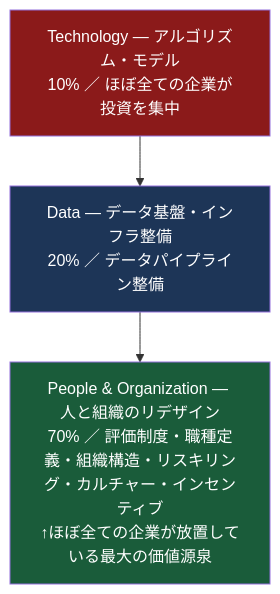
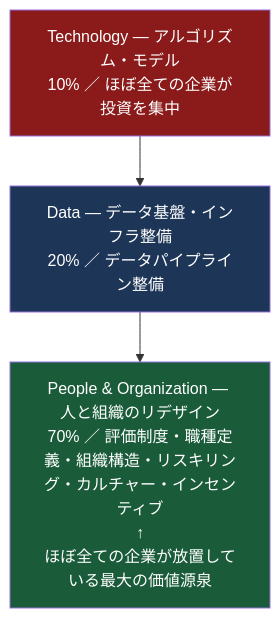
One commit to Leading-AI-IO/the-ai-organization changed the first of 14 diagrams in docs/jp/the-ai-organization_JP.md. Above: the diagram before and after it, drawn with Mermaid.

````diff
--- a/docs/jp/the-ai-organization_JP.md
+++ b/docs/jp/the-ai-organization_JP.md
@@ -49,11 +49,11 @@
 ```mermaid
 graph TD
     A["Technology — アルゴリズム・モデル<br/>10% ／ ほぼ全ての企業が投資を集中"]
     B["Data — データ基盤・インフラ整備<br/>20% ／ データパイプライン整備"]
-    C["People & Organization — 人と組織のリデザイン<br/>70% ／ 評価制度・職種定義・組織構造・リスキリング・カルチャー・インセンティブ<br/>↑ほぼ全ての企業が放置している最大の価値源泉"]
+    C["People & Organization — 人と組織のリデザイン<br/>70% ／ 評価制度・職種定義・組織構造・リスキリング・カルチャー・インセンティブ<br/>↑<br/>ほぼ全ての企業が放置している最大の価値源泉"]
     A --> B --> C
 
     style A fill:#8b1a1a,color:#fff
     style B fill:#1d3557,color:#fff
     style C fill:#1a5c3a,color:#fff
 ```
````
